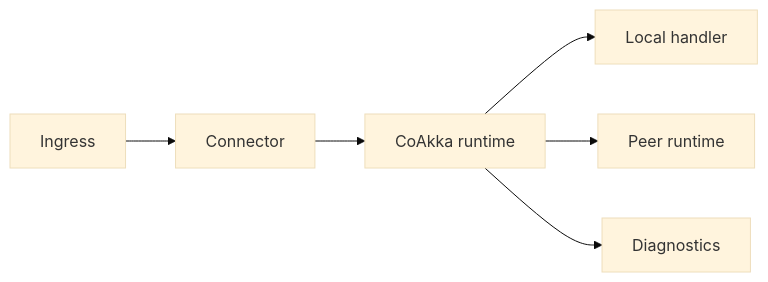
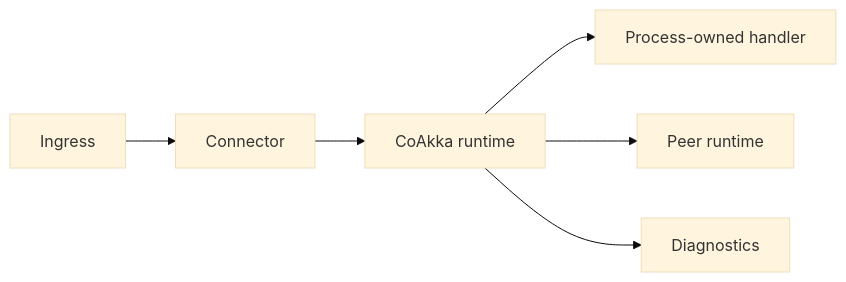
One commit to phuong-tran/coakka-samples changed the first of 2 diagrams in README.md. Above: the diagram before and after it, drawn with Mermaid (base theme). The commit also changed other lines of this file and 21 other files, not shown here.

Commit message:
docs: clarify process-owned runtime wording

````diff
--- a/README.md
+++ b/README.md
@@ -330,15 +330,15 @@
 ```mermaid
 flowchart LR
     ingress["Ingress"]
     connector["Connector"]
     runtime["CoAkka runtime"]
-    handler["Local handler"]
+    handler["Process-owned handler"]
     peer["Peer runtime"]
     diagnostics["Diagnostics"]
 
     ingress --> connector
     connector --> runtime
     runtime --> handler
     runtime --> peer
     runtime --> diagnostics
 ```
````
